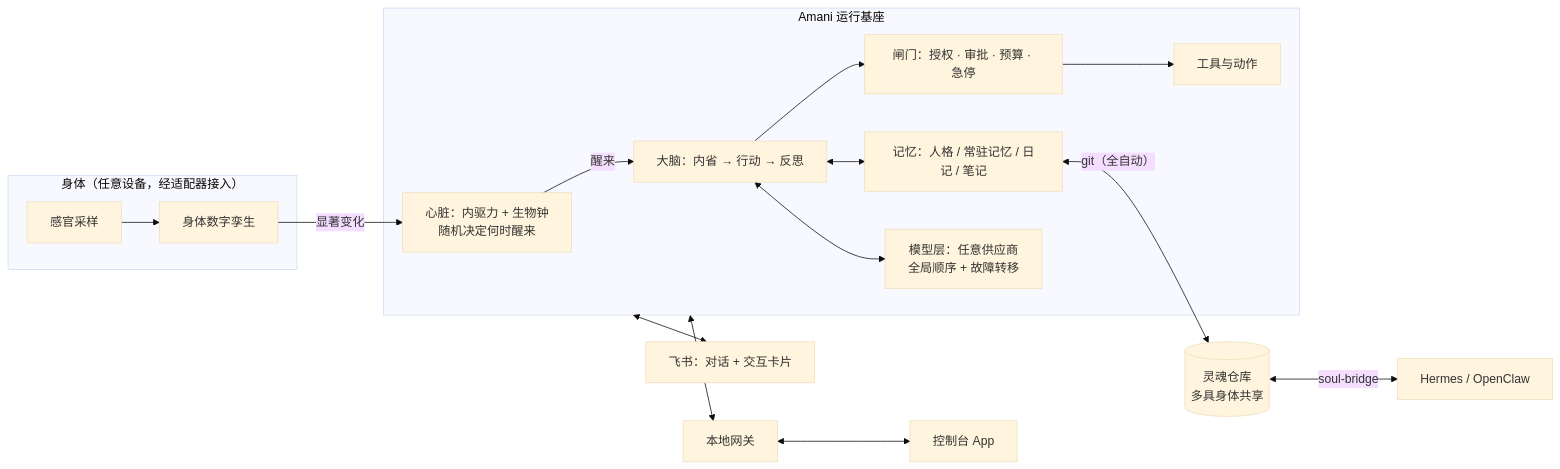
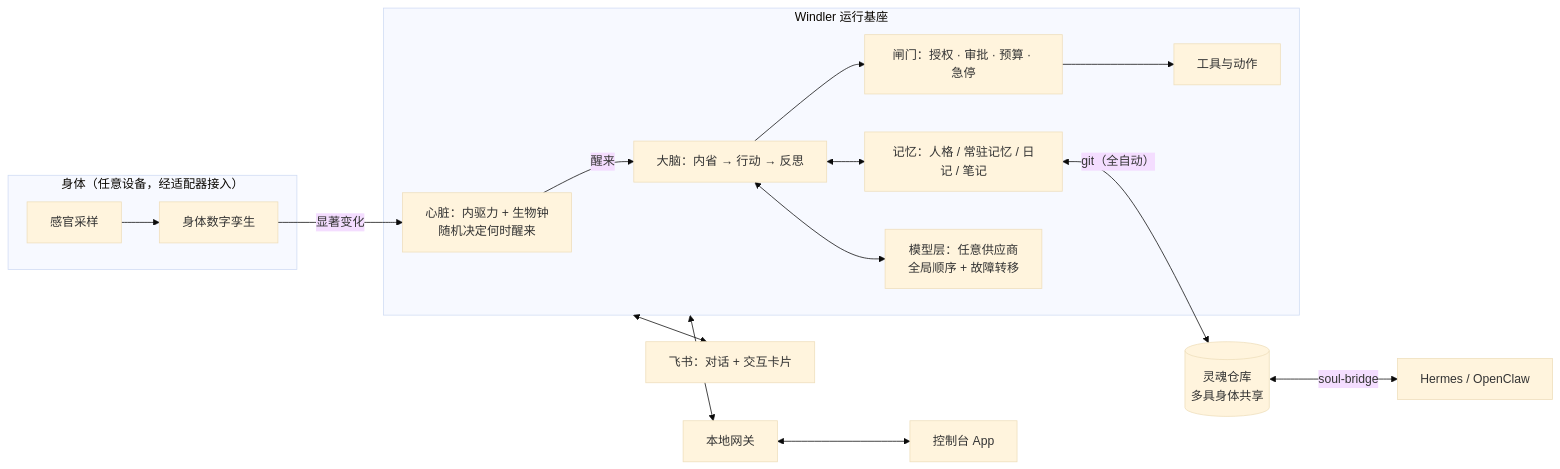
Before and after one commit to Causally-XYZ/Project.Quetzal: the diagram in README.md, drawn with Mermaid (base theme). The commit also changed other lines of this file and 32 other files, not shown here.

First line of the commit message:
项目更名为 Project.Windler：基座名称与技术标识符由 Amani 统一改为 Windler

````diff
--- a/README.md
+++ b/README.md
@@ -7,19 +7,19 @@
 ```mermaid
 flowchart LR
   subgraph Body["身体（任意设备，经适配器接入）"]
     S[感官采样] --> T[身体数字孪生]
   end
   T -- 显著变化 --> H
-  subgraph Core["Amani 运行基座"]
+  subgraph Core["Windler 运行基座"]
     H[心脏：内驱力 + 生物钟<br/>随机决定何时醒来] -- 醒来 --> B[大脑：内省 → 行动 → 反思]
     B <--> M[记忆：人格 / 常驻记忆 / 日记 / 笔记]
     B --> G[闸门：授权 · 审批 · 预算 · 急停]
     G --> A[工具与动作]
     B <--> P[模型层：任意供应商<br/>全局顺序 + 故障转移]
   end
   M <-- git（全自动） --> SOUL[(灵魂仓库<br/>多具身体共享)]
   SOUL <-- soul-bridge --> HX[Hermes / OpenClaw]
   Core <--> GW[本地网关]
   GW <--> C[控制台 App]
   Core <--> F[飞书：对话 + 交互卡片]
 ```
````
